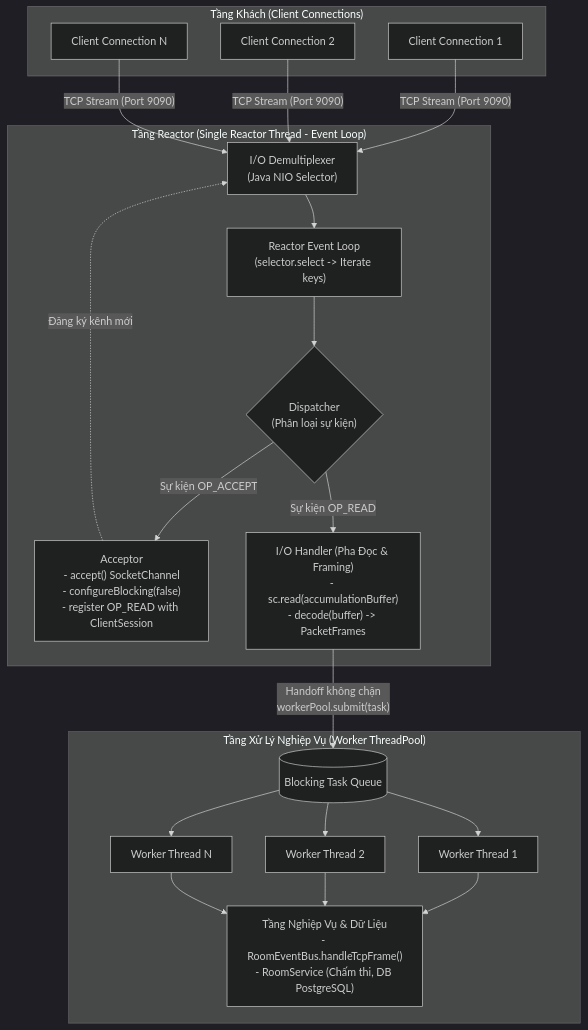
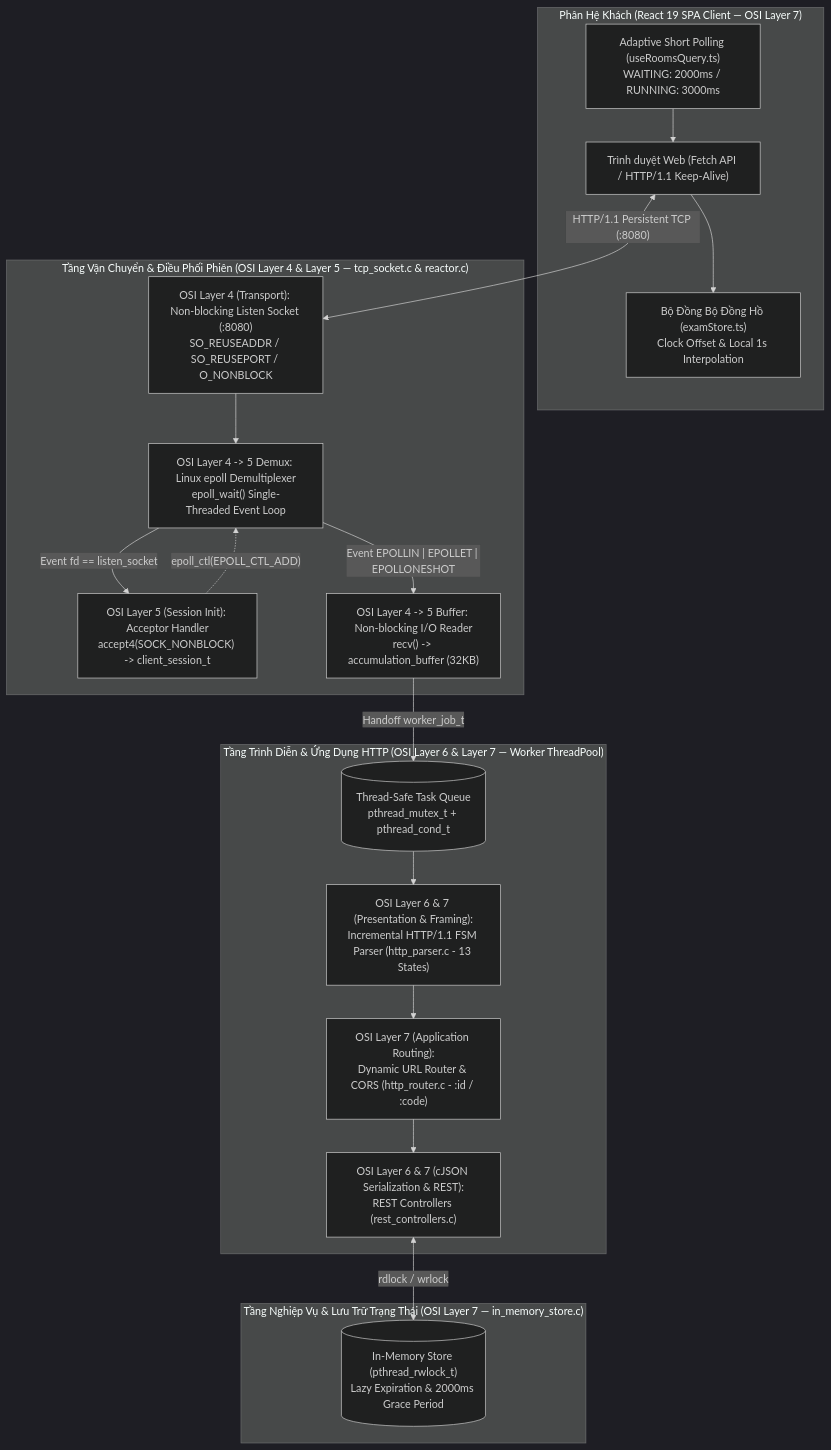
Before and after one commit to lethanhan01/mooc-clone: the first of 3 diagrams in server/docs/realtime-network-subsystem.md, drawn with Mermaid (dark theme). The commit also changed other lines of this file and 5 other files, not shown here.

````diff
--- a/server/docs/realtime-network-subsystem.md
+++ b/server/docs/realtime-network-subsystem.md
@@ -395,34 +14,40 @@
 ```mermaid
 flowchart TD
-    subgraph Clients["Tầng Khách (Client Connections)"]
-        C1["Client Connection 1"]
-        C2["Client Connection 2"]
-        Cn["Client Connection N"]
+    subgraph ClientLayer["Phân Hệ Khách (React 19 SPA Client — OSI Layer 7)"]
+        Browser["Trình duyệt Web (Fetch API / HTTP/1.1 Keep-Alive)"]
+        PollingEngine["Adaptive Short Polling (useRoomsQuery.ts)<br/>WAITING: 2000ms / RUNNING: 3000ms"]
+        ClockSync["Bộ Đồng Bộ Đồng Hồ (examStore.ts)<br/>Clock Offset & Local 1s Interpolation"]
     end
 
-    subgraph ReactorLayer["Tầng Reactor (Single Reactor Thread - Event Loop)"]
-        Demux["I/O Demultiplexer<br/>(Java NIO Selector)"]
-        EventLoop["Reactor Event Loop<br/>(selector.select -> Iterate keys)"]
-        Dispatcher{"Dispatcher<br/>(Phân loại sự kiện)"}
-        Acceptor["Acceptor<br/>- accept() SocketChannel<br/>- configureBlocking(false)<br/>- register OP_READ with ClientSession"]
-        IOReader["I/O Handler (Pha Đọc & Framing)<br/>- sc.read(accumulationBuffer)<br/>- decode(buffer) -> PacketFrames"]
+    subgraph ReactorLayer["Tầng Vận Chuyển & Điều Phối Phiên (OSI Layer 4 & Layer 5 — tcp_socket.c & reactor.c)"]
+        ListenSock["OSI Layer 4 (Transport): Non-blocking Listen Socket (:8080)<br/>SO_REUSEADDR / SO_REUSEPORT / O_NONBLOCK"]
+        EpollDemux["OSI Layer 4 -> 5 Demux: Linux epoll Demultiplexer<br/>epoll_wait() Single-Threaded Event Loop"]
+        Acceptor["OSI Layer 5 (Session Init): Acceptor Handler<br/>accept4(SOCK_NONBLOCK) -> client_session_t"]
+        IOReader["OSI Layer 4 -> 5 Buffer: Non-blocking I/O Reader<br/>recv() -> accumulation_buffer (32KB)"]
     end
 
-    subgraph WorkerLayer["Tầng Xử Lý Nghiệp Vụ (Worker ThreadPool)"]
-        TaskQueue[("Blocking Task Queue")]
-        W1["Worker Thread 1"]
-        W2["Worker Thread 2"]
-        Wn["Worker Thread N"]
-        BizLogic["Tầng Nghiệp Vụ & Dữ Liệu<br/>- RoomEventBus.handleTcpFrame()<br/>- RoomService (Chấm thi, DB PostgreSQL)"]
+    subgraph WorkerLayer["Tầng Trình Diễn & Ứng Dụng HTTP (OSI Layer 6 & Layer 7 — Worker ThreadPool)"]
+        TaskQueue[("Thread-Safe Task Queue<br/>pthread_mutex_t + pthread_cond_t")]
+        FsmParser["OSI Layer 6 & 7 (Presentation & Framing):<br/>Incremental HTTP/1.1 FSM Parser (http_parser.c - 13 States)"]
+        HttpRouter["OSI Layer 7 (Application Routing):<br/>Dynamic URL Router & CORS (http_router.c - :id / :code)"]
+        Controllers["OSI Layer 6 & 7 (cJSON Serialization & REST):<br/>REST Controllers (rest_controllers.c)"]
     end
 
-    C1 & C2 & Cn -->|"TCP Stream (Port 9090)"| Demux
-    Demux --> EventLoop
-    EventLoop --> Dispatcher
-    Dispatcher -->|"Sự kiện OP_ACCEPT"| Acceptor
-    Dispatcher -->|"Sự kiện OP_READ"| IOReader
-    Acceptor -.->|"Đăng ký kênh mới"| Demux
-    IOReader -->|"Handoff không chặn<br/>workerPool.submit(task)"| TaskQueue
-    TaskQueue --> W1 & W2 & Wn
-    W1 & W2 & Wn --> BizLogic
+    subgraph StorageLayer["Tầng Nghiệp Vụ & Lưu Trữ Trạng Thái (OSI Layer 7 — in_memory_store.c)"]
+        RwStore[("In-Memory Store (pthread_rwlock_t)<br/>Lazy Expiration & 2000ms Grace Period")]
+    end
+
+    Browser <-->|"HTTP/1.1 Persistent TCP (:8080)"| ListenSock
+    PollingEngine --> Browser
+    Browser --> ClockSync
+
+    ListenSock --> EpollDemux
+    EpollDemux -->|"Event fd == listen_socket"| Acceptor
+    EpollDemux -->|"Event EPOLLIN | EPOLLET | EPOLLONESHOT"| IOReader
+    Acceptor -.->|"epoll_ctl(EPOLL_CTL_ADD)"| EpollDemux
+    IOReader -->|"Handoff worker_job_t"| TaskQueue
+    TaskQueue --> FsmParser
+    FsmParser --> HttpRouter
+    HttpRouter --> Controllers
+    Controllers <-->|"rdlock / wrlock"| RwStore
 ```
````
